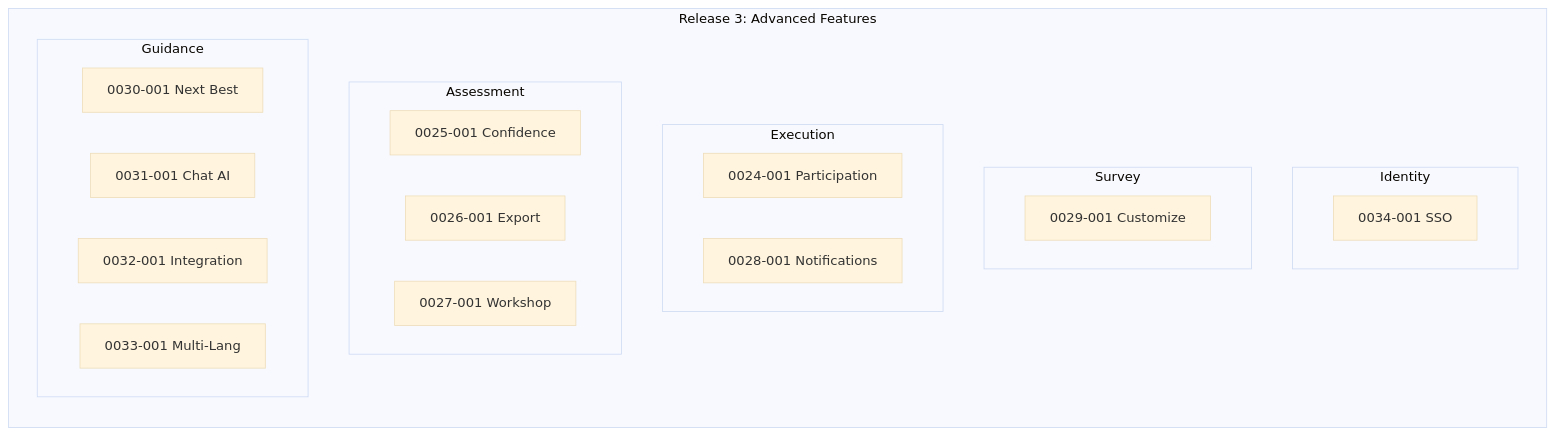
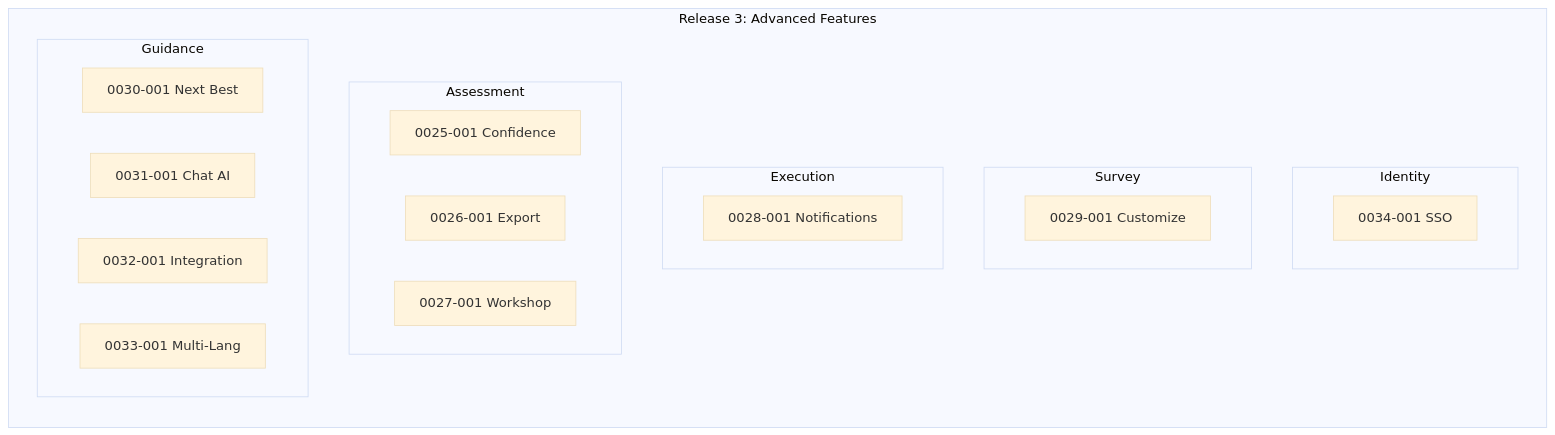
The tenth of 11 diagrams in docs/user_story_map.md (JensWinter/mse-radar), drawn with Mermaid (base theme) before and after one commit. The commit also changed other lines of this file and 3 other files, not shown here.

````diff
--- a/docs/user_story_map.md
+++ b/docs/user_story_map.md
@@ -540,27 +538,26 @@
 ```mermaid
 flowchart LR
     subgraph R3["Release 3: Advanced Features"]
         direction TB
         subgraph IA["Identity"]
             R3_1["0034-001 SSO"]
         end
         subgraph SD["Survey"]
             R3_2["0029-001 Customize"]
         end
         subgraph SE["Execution"]
-            R3_3["0024-001 Participation"]
             R3_4["0028-001 Notifications"]
         end
         subgraph AI["Assessment"]
             R3_5["0025-001 Confidence"]
             R3_6["0026-001 Export"]
             R3_7["0027-001 Workshop"]
         end
         subgraph IG["Guidance"]
             R3_8["0030-001 Next Best"]
             R3_9["0031-001 Chat AI"]
             R3_10["0032-001 Integration"]
             R3_11["0033-001 Multi-Lang"]
         end
     end
 ```
````
